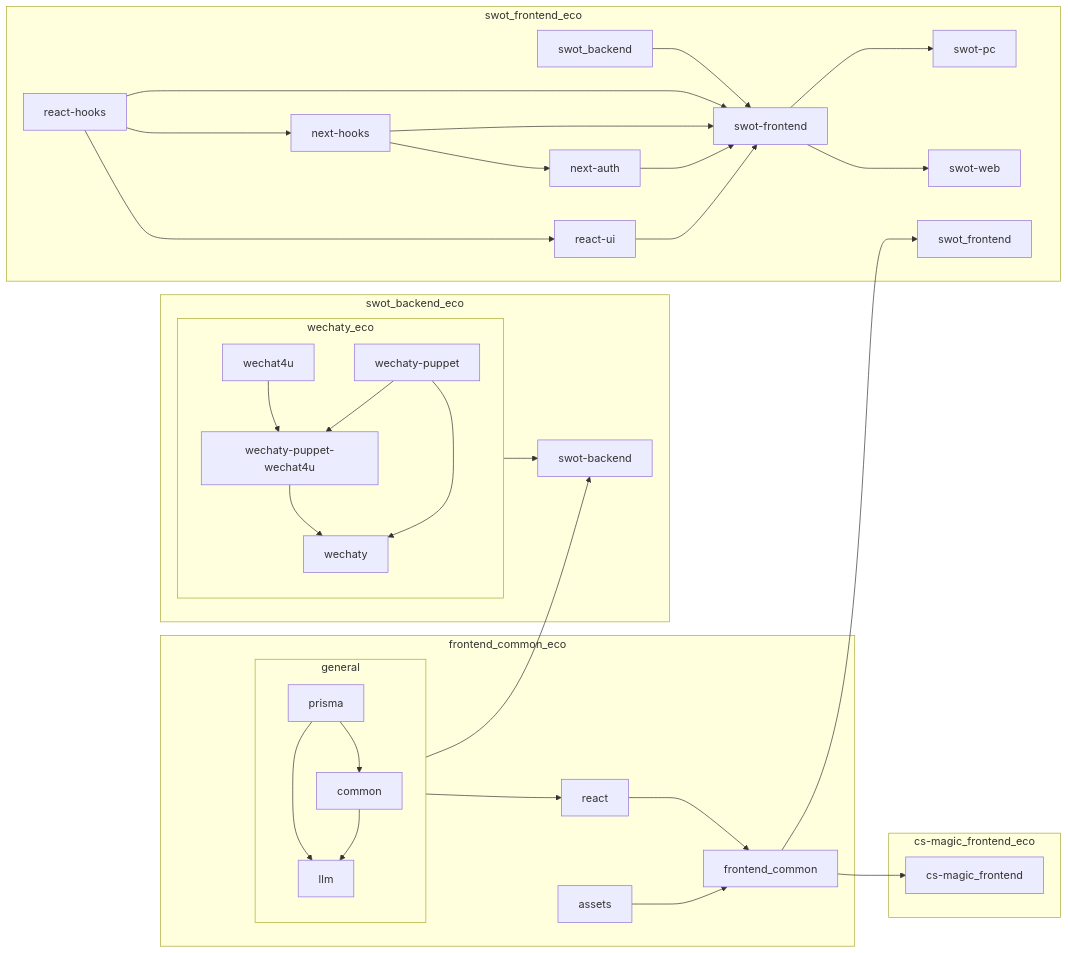
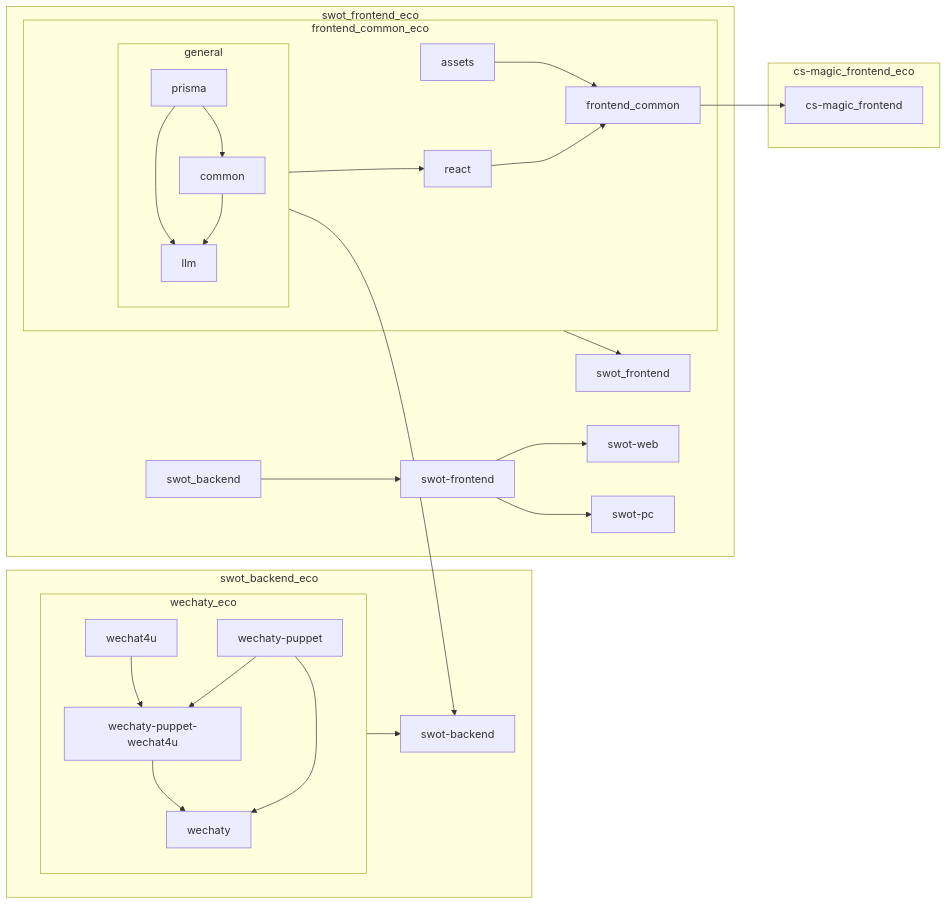
Before and after one commit to cs-magic/codebase-ts: the diagram in README.md, drawn with Mermaid. The commit also changed 1 other file, not shown here.

````diff
--- a/README.md
+++ b/README.md
@@ -9,38 +9,34 @@
 ```mermaid
 graph LR;
     subgraph general
         prisma --> common & llm;
         common --> llm;
     end
     
     subgraph wechaty_eco
         wechat4u --> wechaty-puppet-wechat4u;
         wechaty-puppet --> wechaty-puppet-wechat4u & wechaty;
         wechaty-puppet-wechat4u --> wechaty;
     end
     
     subgraph frontend_common_eco
         general --> react;
         react --> frontend_common;
         assets --> frontend_common;
     end
     
     subgraph cs-magic_frontend_eco
         frontend_common --> cs-magic_frontend;
     end
     
     subgraph swot_backend_eco
         general --> swot-backend;
         wechaty_eco --> swot-backend;
     end
     
     subgraph swot_frontend_eco
-        frontend_common --> swot_frontend;
+        frontend_common_eco --> swot_frontend;
         swot_backend --> swot-frontend;
-        react-hooks --> react-ui & next-hooks & swot-frontend;
-        react-ui --> swot-frontend;
-        next-hooks --> next-auth & swot-frontend;
-        next-auth --> swot-frontend;
         swot-frontend --> swot-web & swot-pc;
     end
 ```
````
